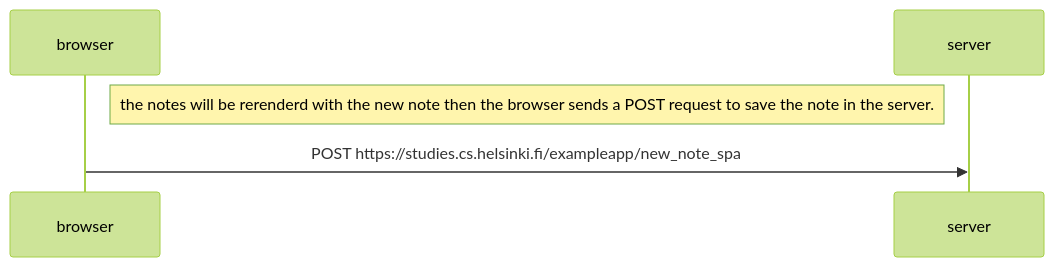
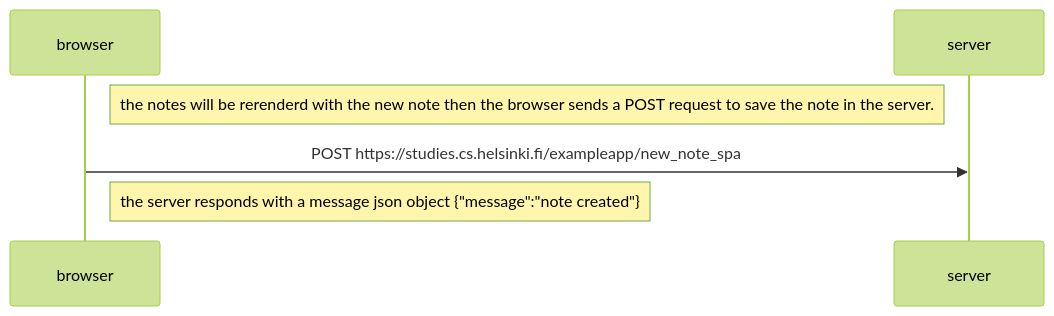
One commit to hammam-elsheikh/full-stack-open-exercises changed the diagram in part0/spa_new_note_diagram.md. Above: the diagram before and after it, drawn with Mermaid (forest theme).

Commit message:
Add server response note to new note diagram

````diff
--- a/part0/spa_new_note_diagram.md
+++ b/part0/spa_new_note_diagram.md
@@ -2,9 +2,11 @@
 ```mermaid
 sequenceDiagram
     participant browser
     participant server
 
     Note right of browser: the notes will be rerenderd with the new note then the browser sends a POST request to save the note in the server.
 
     browser->>server: POST https://studies.cs.helsinki.fi/exampleapp/new_note_spa
+
+    Note right of browser: the server responds with a message json object {"message":"note created"}
 ```
````
